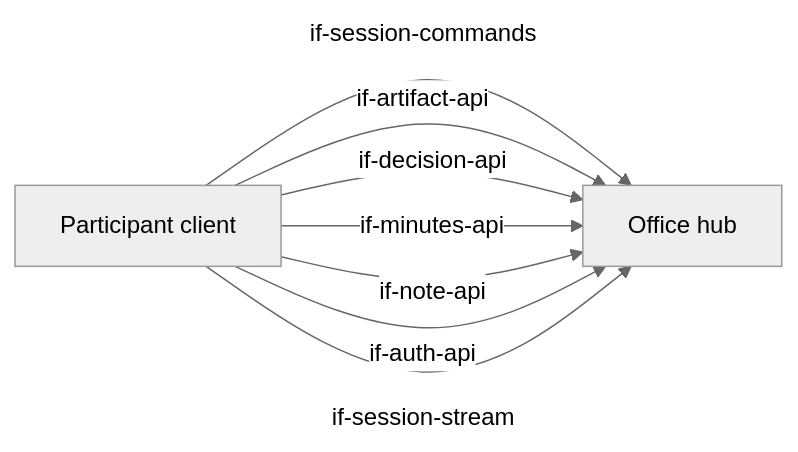
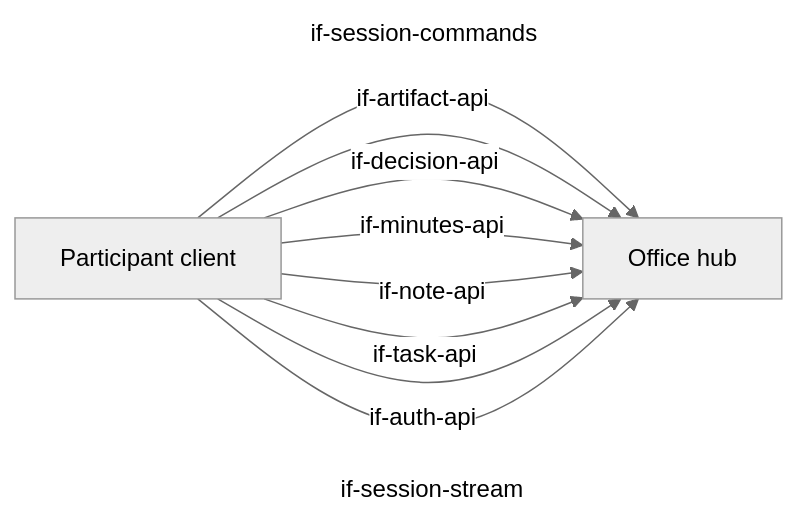
The first of 3 diagrams in docs/architecture/05-building-blocks.arc42.md (mrsimpson/agentic-office), drawn with Mermaid (neutral theme) before and after one commit. The commit also changed other lines of this file and 24 other files, not shown here.

````diff
--- a/docs/architecture/05-building-blocks.arc42.md
+++ b/docs/architecture/05-building-blocks.arc42.md
@@ -24,12 +24,13 @@
 ```mermaid
 flowchart LR
     bb_office_hub[Office hub]
     bb_participant_client[Participant client]
     bb_participant_client -->|if-session-commands| bb_office_hub
     bb_participant_client -->|if-artifact-api| bb_office_hub
     bb_participant_client -->|if-decision-api| bb_office_hub
     bb_participant_client -->|if-minutes-api| bb_office_hub
     bb_participant_client -->|if-note-api| bb_office_hub
+    bb_participant_client -->|if-task-api| bb_office_hub
     bb_participant_client -->|if-auth-api| bb_office_hub
     bb_participant_client -->|if-session-stream| bb_office_hub
 ```
````
